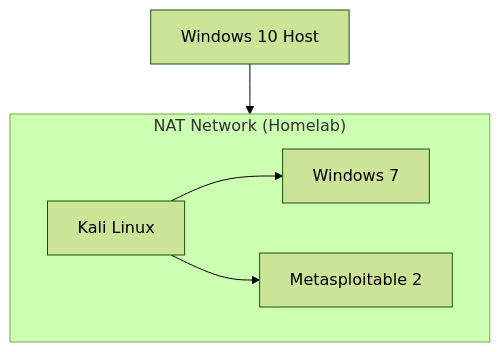
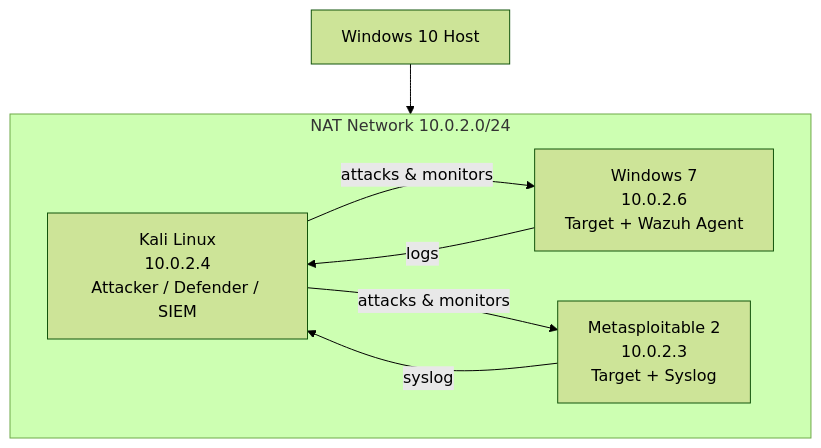
Before and after one commit to isstudint/cybersecurity-labs: the diagram in 00-homelab-setup/overview.md, drawn with Mermaid (forest theme). The commit also changed other lines of this file and 14 other files, not shown here.

````diff
--- a/00-homelab-setup/overview.md
+++ b/00-homelab-setup/overview.md
@@ -14,16 +17,17 @@
 ```mermaid
 flowchart TD
+    Host["Windows 10 Host"]
 
-    Host[Windows 10 Host]
-
-    subgraph Lab["NAT Network (Homelab)"]
-        Kali[Kali Linux]
-        Win7[Windows 7]
-        Meta[Metasploitable 2]
+    subgraph Lab["NAT Network 10.0.2.0/24"]
+        Kali["Kali Linux<br/>10.0.2.4<br/>Attacker / Defender / SIEM"]
+        Win7["Windows 7<br/>10.0.2.6<br/>Target + Wazuh Agent"]
+        Meta["Metasploitable 2<br/>10.0.2.3<br/>Target + Syslog"]
     end
 
     Host --> Lab
 
-    Kali --> Win7
-    Kali --> Meta
+    Kali -->|attacks & monitors| Win7
+    Kali -->|attacks & monitors| Meta
+    Win7 -->|logs| Kali
+    Meta -->|syslog| Kali
 ```
````
